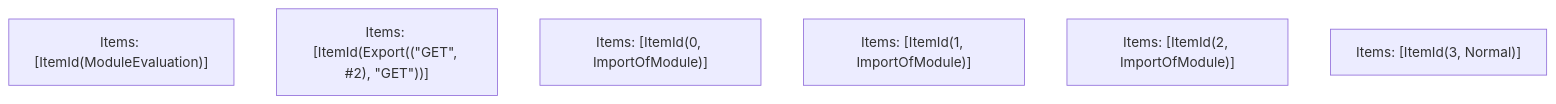
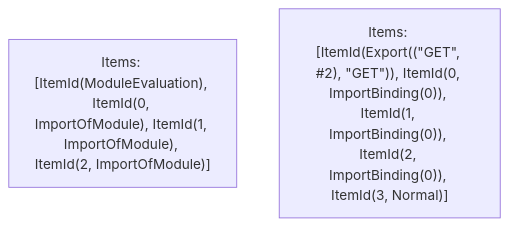
The fifth of 5 diagrams in turbopack/crates/turbopack-ecmascript/tests/tree-shaker/analyzer/typeof-1/output.md (Sonar-UX-Testing-FreePlan/next.js), drawn with Mermaid before and after one commit. The commit also changed other lines of this file and 38 other files, not shown here.

````diff
--- a/turbopack/crates/turbopack-ecmascript/tests/tree-shaker/analyzer/typeof-1/output.md
+++ b/turbopack/crates/turbopack-ecmascript/tests/tree-shaker/analyzer/typeof-1/output.md
@@ -162,9 +162,5 @@
 ```mermaid
 graph TD
-    N0["Items: [ItemId(ModuleEvaluation)]"];
-    N1["Items: [ItemId(Export((&quot;GET&quot;, #2), &quot;GET&quot;))]"];
-    N2["Items: [ItemId(0, ImportOfModule)]"];
-    N3["Items: [ItemId(1, ImportOfModule)]"];
-    N4["Items: [ItemId(2, ImportOfModule)]"];
-    N5["Items: [ItemId(3, Normal)]"];
+    N0["Items: [ItemId(ModuleEvaluation), ItemId(0, ImportOfModule), ItemId(1, ImportOfModule), ItemId(2, ImportOfModule)]"];
+    N1["Items: [ItemId(Export((&quot;GET&quot;, #2), &quot;GET&quot;)), ItemId(0, ImportBinding(0)), ItemId(1, ImportBinding(0)), ItemId(2, ImportBinding(0)), ItemId(3, Normal)]"];
 ```
````
